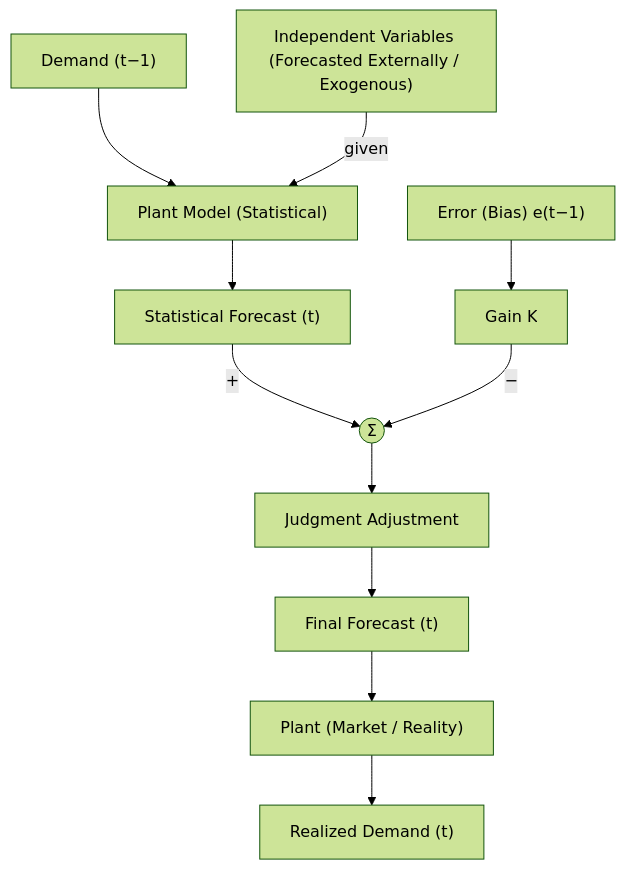
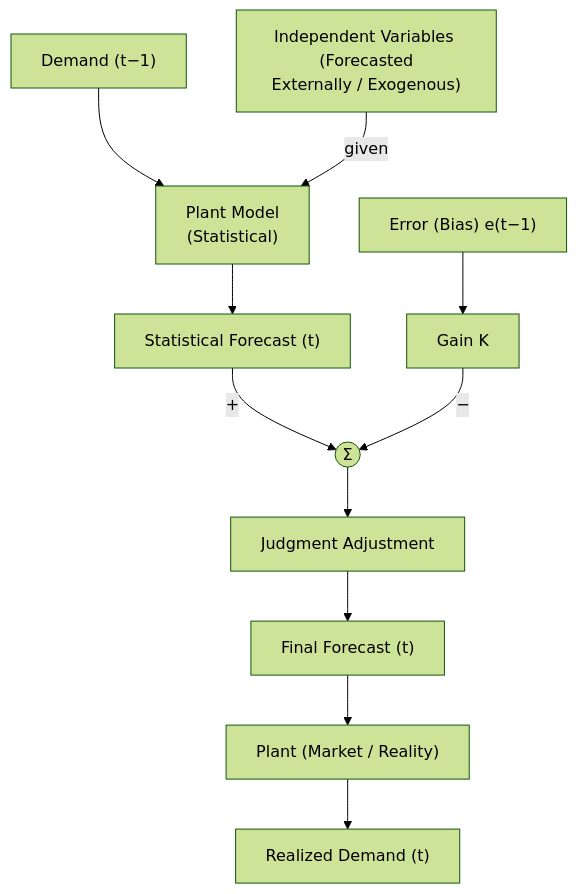
The diagram in articles-posts/judgmental-mechanical.md (Tellusant/docs), drawn with Mermaid (forest theme) before and after one commit.

```diff
--- a/articles-posts/judgmental-mechanical.md
+++ b/articles-posts/judgmental-mechanical.md
@@ -22,42 +22,42 @@
 <div class="mermaid">
   
 flowchart TD
 
 %% ===== Inputs =====
 D1["Demand (t−1)"]
-X["Independent Variables (Forecasted Externally / Exogenous)"]
+X["Independent Variables (Forecasted<br/>Externally / Exogenous)"]
 
 %% ===== Plant model =====
-M["Plant Model (Statistical)"]
+M["Plant Model<br/>(Statistical)"]
 S["Statistical Forecast (t)"]
 
 %% ===== Summing junction =====
 Sum((Σ))
 
 %% ===== Judgment layer =====
 J["Judgment Adjustment"]
 F["Final Forecast (t)"]
 
 %% ===== Plant =====
 P["Plant (Market / Reality)"]
 R["Realized Demand (t)"]
 
 %% ===== Lagged feedback =====
 E["Error (Bias) e(t−1)"]
 K["Gain K"]
 
 %% ===== Forward path =====
 D1 --> M
 X -->|given| M
 M --> S
 S -->|+| Sum
 Sum --> J
 J --> F
 F --> P
 P --> R
 
 %% ===== Feedback loop =====
 E --> K
 K -->|−| Sum
 
 </div>
```
